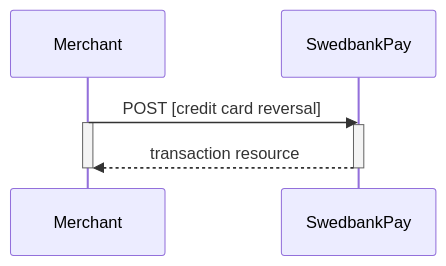
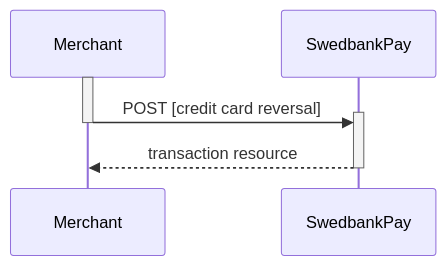
Before and after one commit to SwedbankPay/developer.swedbankpay.com: the seventh of 10 diagrams in payments/credit-card/after-payment.md, drawn with Mermaid. The commit also changed other lines of this file, not shown here.

Commit message:
DX-406 added descriptions of properties, fixed sequence diagrams, added code fences, typo fix, and added links

````diff
--- a/payments/credit-card/after-payment.md
+++ b/payments/credit-card/after-payment.md
@@ -667,9 +748,8 @@
 ```mermaid
 sequenceDiagram
-  Merchant->>SwedbankPay: POST [credit card reversal]
   activate Merchant
-  activate SwedbankPay
+  Merchant->>+SwedbankPay: POST [credit card reversal]
+  deactivate Merchant
   SwedbankPay-->>Merchant: transaction resource
   deactivate SwedbankPay
-  deactivate Merchant
 ```
````
